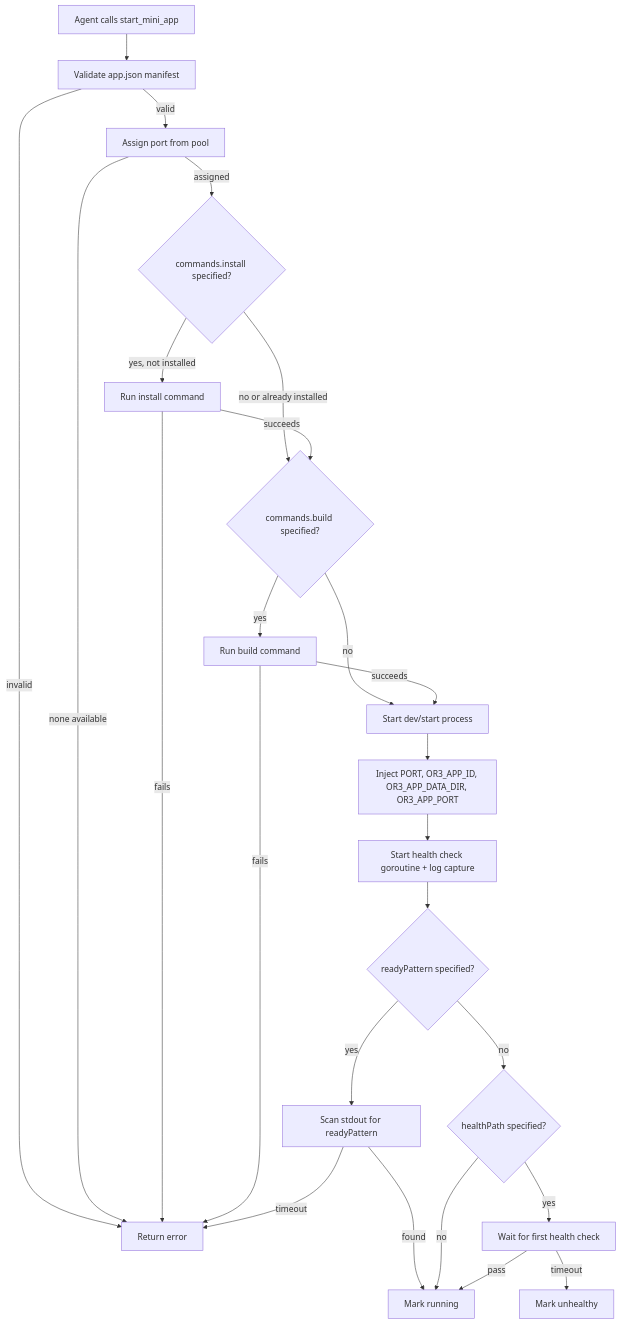
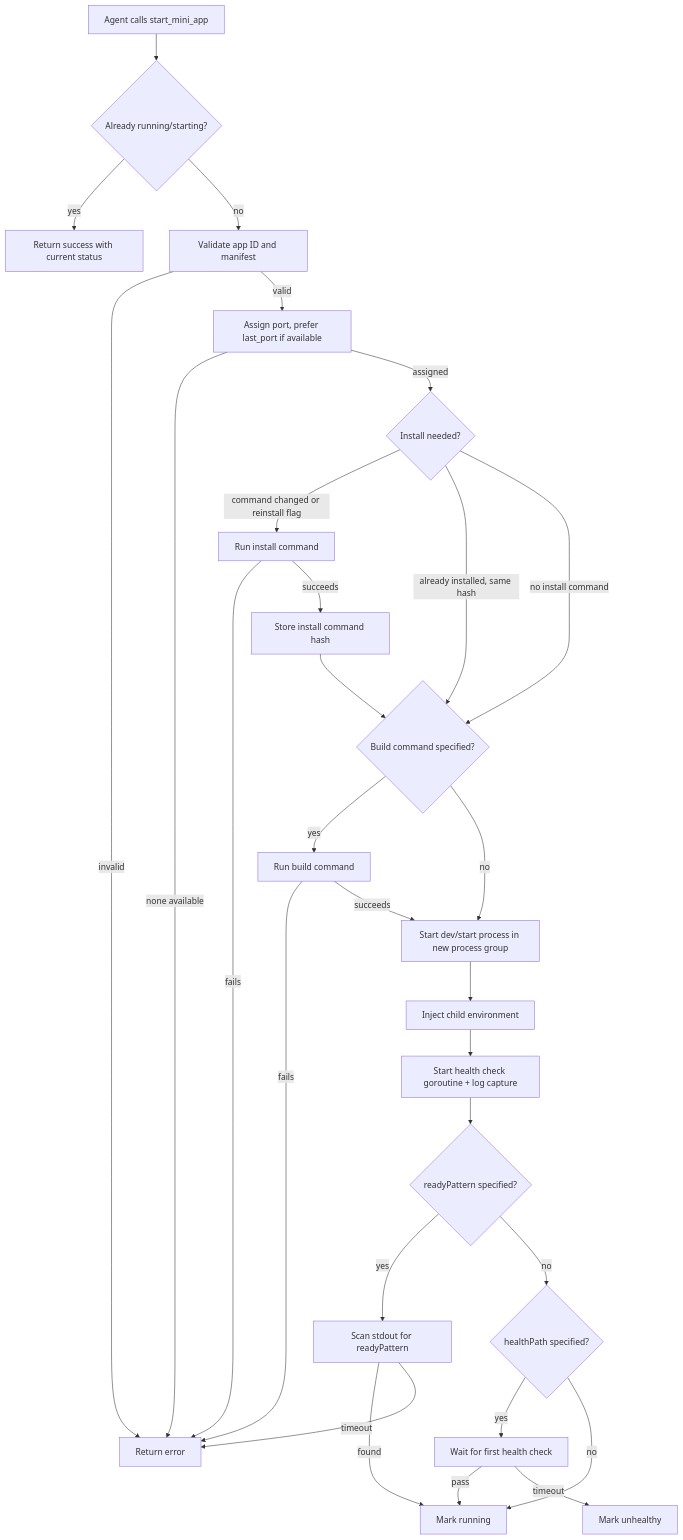
Before and after one commit to Saluana/or3-intern: the second of 3 diagrams in planning/mini-apps/design.md, drawn with Mermaid. The commit also changed other lines of this file and 2 other files, not shown here.

First line of the commit message:
feat(mini-apps): enhance configuration and schema for mini apps

````diff
--- a/planning/mini-apps/design.md
+++ b/planning/mini-apps/design.md
@@ -70,27 +166,31 @@
 ```mermaid
 flowchart TD
-    Agent[Agent calls start_mini_app] --> Validate[Validate app.json manifest]
+    Agent[Agent calls start_mini_app] --> Idempotent{Already running/starting?}
+    Idempotent -->|yes| ReturnOK[Return success with current status]
+    Idempotent -->|no| Validate[Validate app ID and manifest]
     Validate -->|invalid| Error[Return error]
-    Validate -->|valid| Port[Assign port from pool]
+    Validate -->|valid| Port[Assign port, prefer last_port if available]
     Port -->|none available| Error
-    Port -->|assigned| Install{commands.install specified?}
-    Install -->|yes, not installed| RunInstall[Run install command]
-    Install -->|no or already installed| Build
+    Port -->|assigned| Install{Install needed?}
+    Install -->|command changed or reinstall flag| RunInstall[Run install command]
+    Install -->|already installed, same hash| Build
+    Install -->|no install command| Build
     RunInstall -->|fails| Error
-    RunInstall -->|succeeds| Build{commands.build specified?}
+    RunInstall -->|succeeds| StoreHash[Store install command hash]
+    StoreHash --> Build{Build command specified?}
     Build -->|yes| RunBuild[Run build command]
     Build -->|no| StartProc
     RunBuild -->|fails| Error
-    RunBuild -->|succeeds| StartProc[Start dev/start process]
-    StartProc --> Inject[Inject PORT, OR3_APP_ID, OR3_APP_DATA_DIR, OR3_APP_PORT]
+    RunBuild -->|succeeds| StartProc[Start dev/start process in new process group]
+    StartProc --> Inject[Inject child environment]
     Inject --> Monitor[Start health check goroutine + log capture]
     Monitor --> Ready{readyPattern specified?}
     Ready -->|yes| ScanLogs[Scan stdout for readyPattern]
     Ready -->|no| HealthCheck{healthPath specified?}
     ScanLogs -->|found| Running[Mark running]
     ScanLogs -->|timeout| Error
     HealthCheck -->|yes| WaitHealth[Wait for first health check]
     HealthCheck -->|no| Running
     WaitHealth -->|pass| Running
     WaitHealth -->|timeout| Unhealthy[Mark unhealthy]
 ```
````
